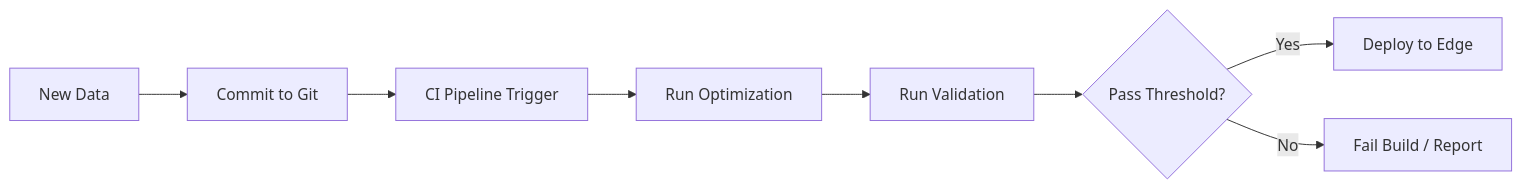
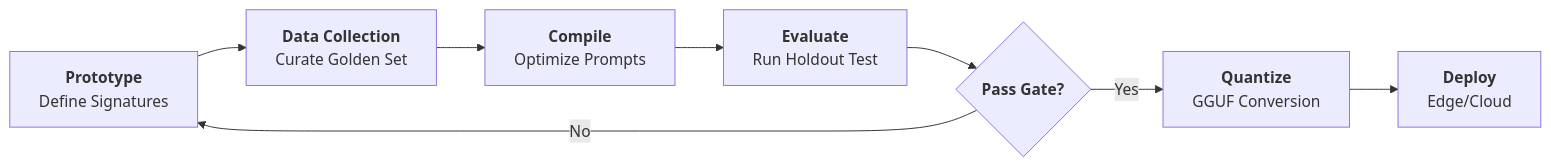
One commit to dustinober1/dustinober1.github.io changed the second of 2 diagrams in whitepapers/markdown/06_Beyond Vibes Engineering Reliable AI Tutors with DSPy.md. Above: the diagram before and after it, drawn with Mermaid. The commit also changed other lines of this file and 3 other files, not shown here.

````diff
--- a/whitepapers/markdown/06_Beyond Vibes Engineering Reliable AI Tutors with DSPy.md
+++ b/whitepapers/markdown/06_Beyond Vibes Engineering Reliable AI Tutors with DSPy.md
@@ -557,10 +596,10 @@
 ```mermaid
 graph LR
-    A[New Data] --> B[Commit to Git]
-    B --> C[CI Pipeline Trigger]
-    C --> D[Run Optimization]
-    D --> E[Run Validation]
-    E --> F{Pass Threshold?}
-    F -- Yes --> G[Deploy to Edge]
-    F -- No --> H[Fail Build / Report]
+    A[<b>Prototype</b><br>Define Signatures] --> B[<b>Data Collection</b><br>Curate Golden Set]
+    B --> C[<b>Compile</b><br>Optimize Prompts]
+    C --> D[<b>Evaluate</b><br>Run Holdout Test]
+    D --> E{<b>Pass Gate?</b>}
+    E -- No --> A
+    E -- Yes --> F[<b>Quantize</b><br>GGUF Conversion]
+    F --> G[<b>Deploy</b><br>Edge/Cloud]
 ```
````
